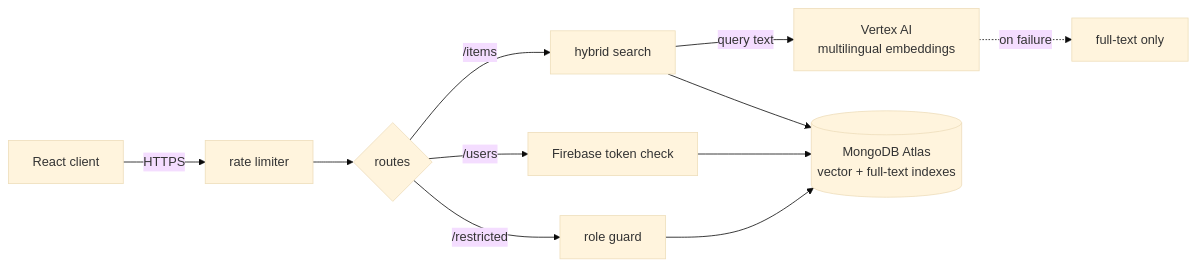
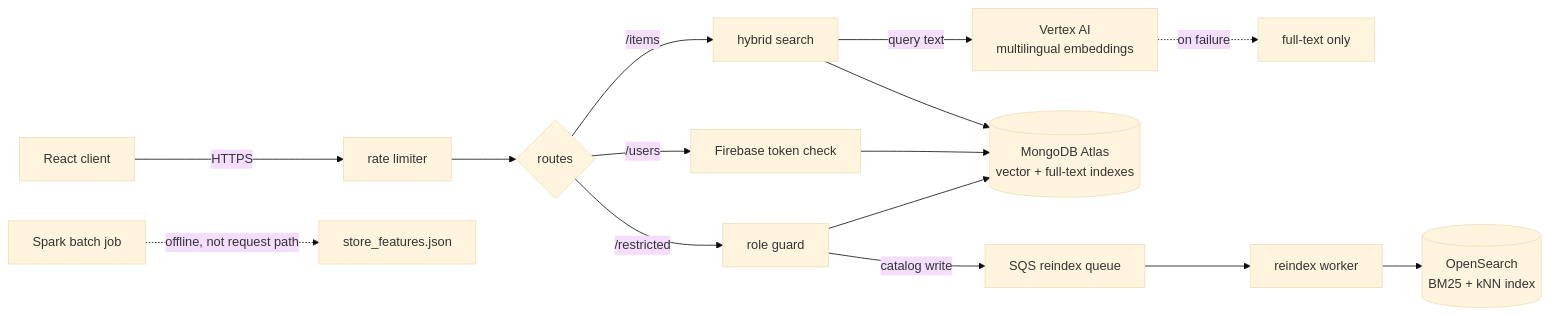
Before and after one commit to williamhuang1261/BASKET_BACKEND: the diagram in README.md, drawn with Mermaid (base theme). The commit also changed other lines of this file, not shown here.

Commit message:
docs: document the search-infrastructure extension

````diff
--- a/README.md
+++ b/README.md
@@ -23,13 +23,17 @@
 ```mermaid
 flowchart LR
     C[React client] -->|HTTPS| RL[rate limiter]
     RL --> R{routes}
     R -->|/items| S[hybrid search]
     R -->|/users| A[Firebase token check]
     R -->|/restricted| G[role guard]
     S -->|query text| V[Vertex AI<br/>multilingual embeddings]
     V -.->|on failure| F[full-text only]
     S --> M[(MongoDB Atlas<br/>vector + full-text indexes)]
     A --> M
     G --> M
+    G -->|catalog write| Q[SQS reindex queue]
+    Q --> W[reindex worker]
+    W --> O[(OpenSearch<br/>BM25 + kNN index)]
+    Sp[Spark batch job] -.->|offline, not request path| Feat[store_features.json]
 ```
````
